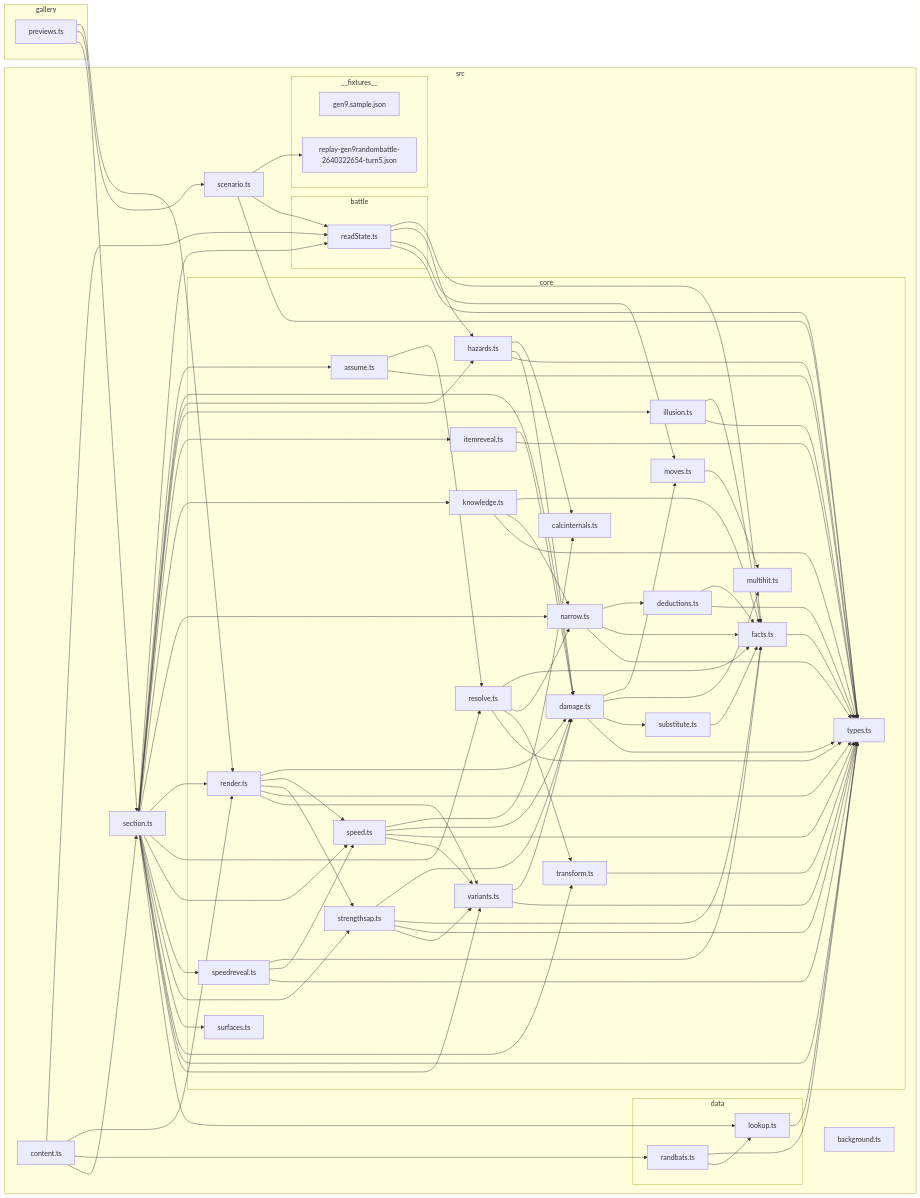
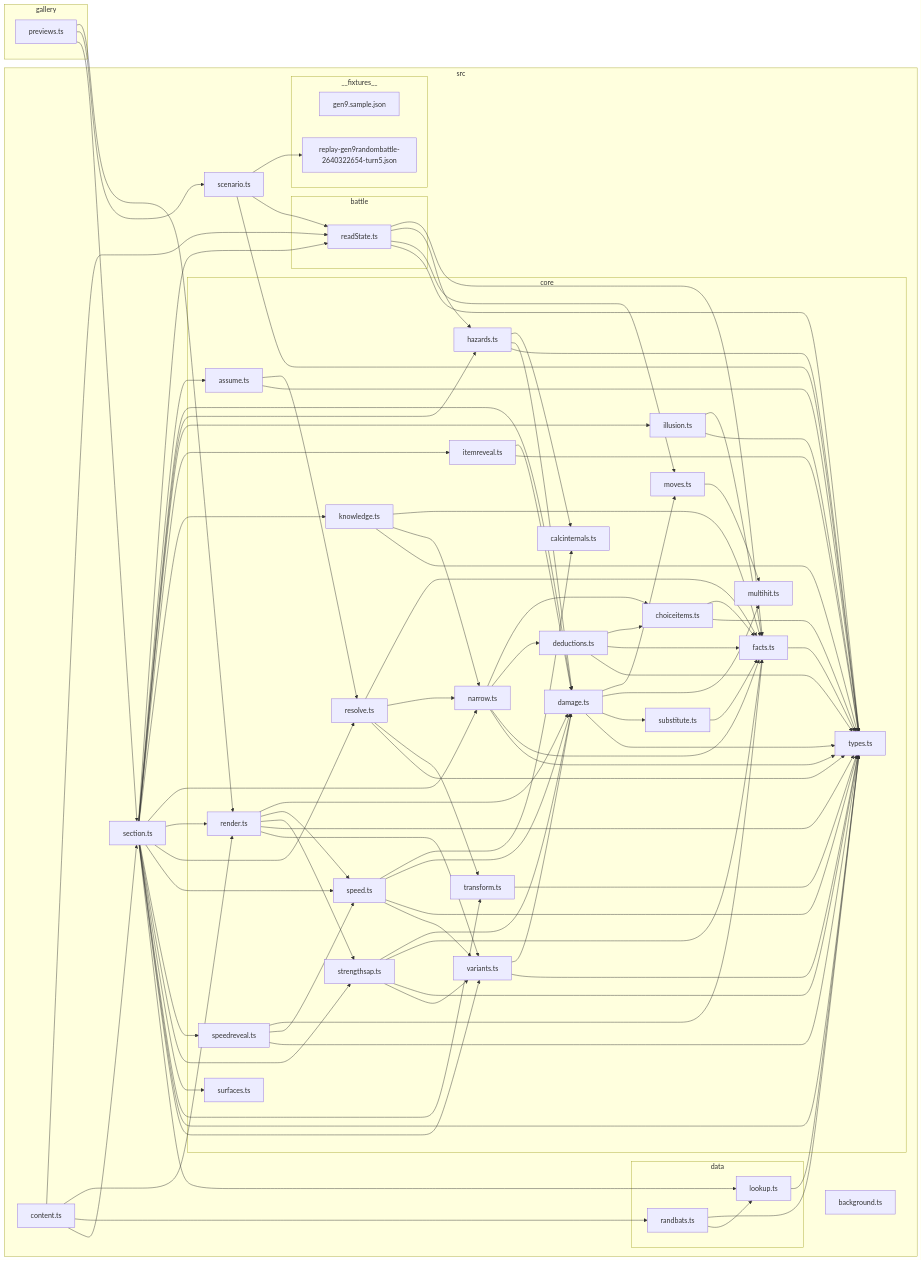
One commit to seanaujong/hi-chu changed the diagram in docs/architecture-graph.md. Above: the diagram before and after it, drawn with Mermaid. The commit also changed other lines of this file and 22 other files, not shown here.

````diff
--- a/docs/architecture-graph.md
+++ b/docs/architecture-graph.md
@@ -36,29 +36,30 @@
 M["assume.ts"]
 N["resolve.ts"]
 O["narrow.ts"]
-P["deductions.ts"]
-Q["transform.ts"]
-R["illusion.ts"]
-S["itemreveal.ts"]
-T["knowledge.ts"]
-U["speedreveal.ts"]
-V["surfaces.ts"]
+P["choiceitems.ts"]
+Q["deductions.ts"]
+R["transform.ts"]
+S["illusion.ts"]
+T["itemreveal.ts"]
+U["knowledge.ts"]
+V["speedreveal.ts"]
+W["surfaces.ts"]
 end
 F["scenario.ts"]
 subgraph G["__fixtures__"]
 H["replay-gen9randombattle-2640322654-turn5.json"]
-11["gen9.sample.json"]
+12["gen9.sample.json"]
 end
 subgraph I["battle"]
 J["readState.ts"]
 end
 L["section.ts"]
-subgraph W["data"]
-X["lookup.ts"]
-10["randbats.ts"]
+subgraph X["data"]
+Y["lookup.ts"]
+11["randbats.ts"]
 end
-Y["background.ts"]
-Z["content.ts"]
+Z["background.ts"]
+10["content.ts"]
 end
 1-->4
 1-->F
@@ -99,47 +100,51 @@
 L-->M
 L-->5
 L-->K
-L-->R
 L-->S
 L-->T
+L-->U
 L-->O
 L-->4
 L-->N
 L-->B
-L-->U
+L-->V
 L-->E
-L-->V
-L-->Q
+L-->W
+L-->R
 L-->A
 L-->D
-L-->X
+L-->Y
 M-->N
 M-->A
 N-->9
 N-->O
-N-->Q
+N-->R
 N-->A
 O-->P
+O-->Q
 O-->9
 O-->A
 P-->9
 P-->A
+Q-->P
+Q-->9
 Q-->A
-R-->9
 R-->A
-S-->5
+S-->9
 S-->A
-T-->9
-T-->O
+T-->5
 T-->A
 U-->9
-U-->B
+U-->O
 U-->A
-X-->A
-Z-->J
-Z-->4
-Z-->10
-Z-->L
-10-->A
-10-->X
+V-->9
+V-->B
+V-->A
+Y-->A
+10-->J
+10-->4
+10-->11
+10-->L
+11-->A
+11-->Y
 ```
````
